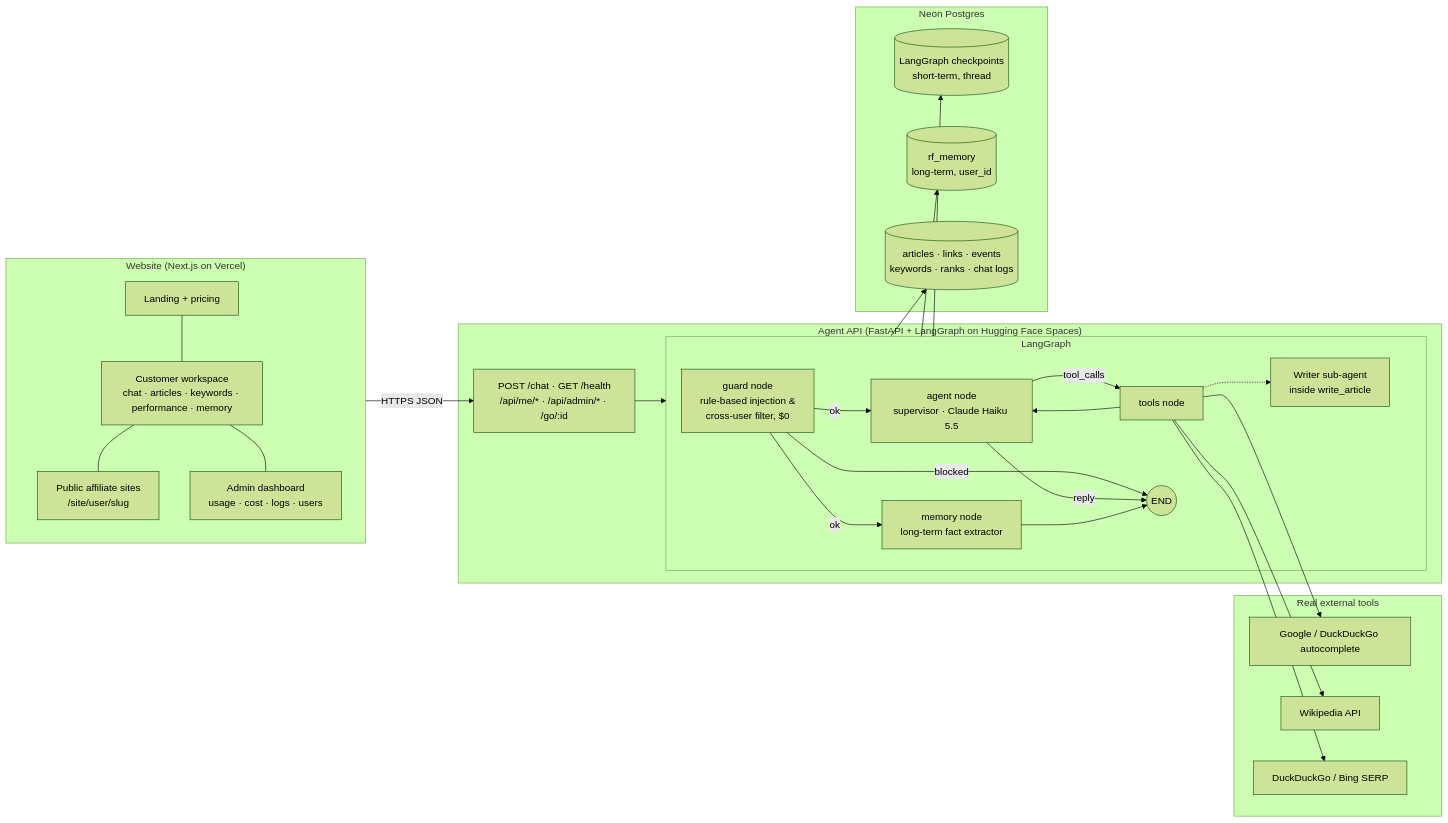
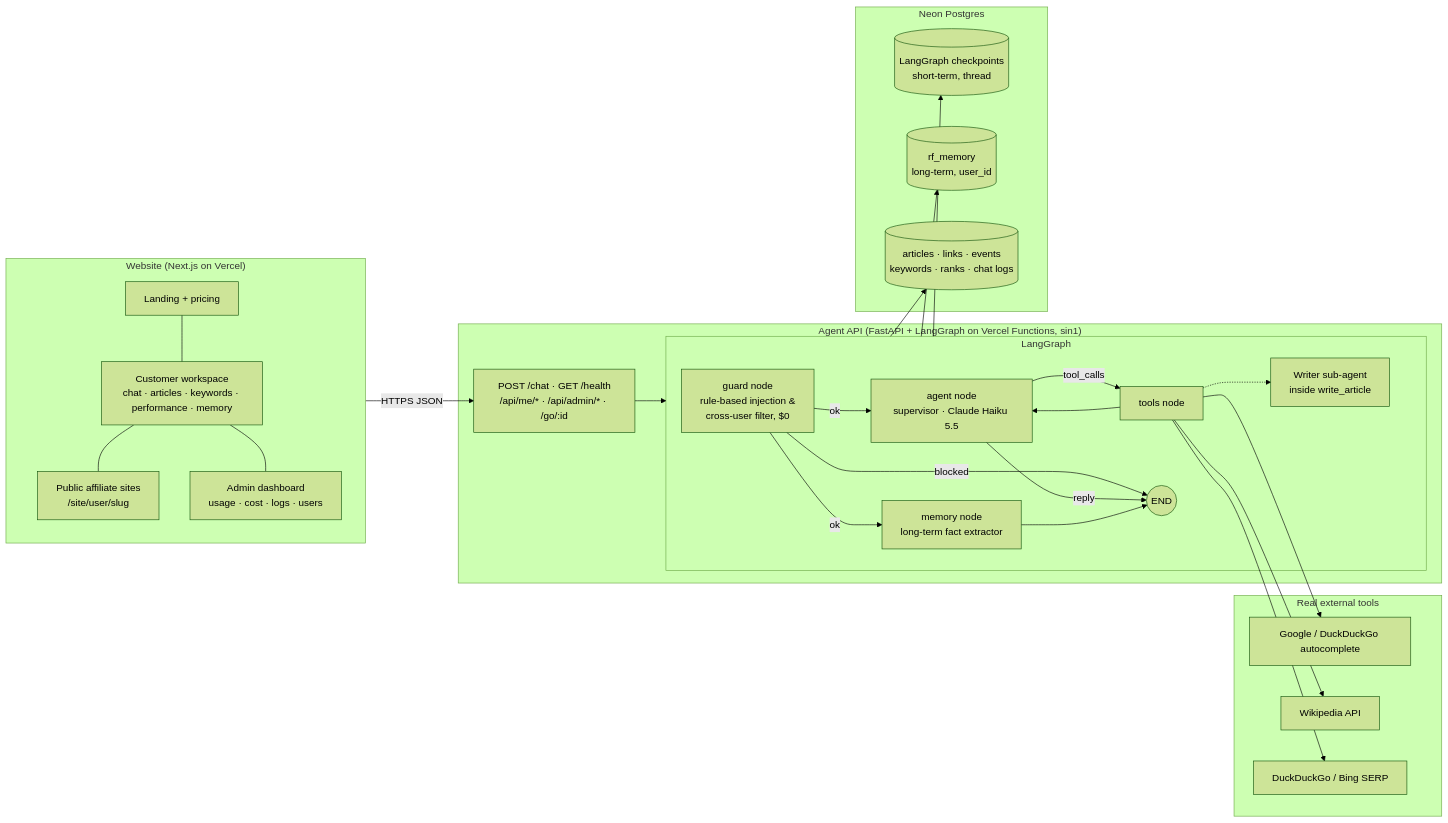
One commit to muhammadtaimur768-sys/rankforge changed the diagram in README.md. Above: the diagram before and after it, drawn with Mermaid (forest theme). The commit also changed other lines of this file, not shown here.

Commit message:
README: live URLs, Vercel deploy steps, production benchmark

````diff
--- a/README.md
+++ b/README.md
@@ -20,39 +21,39 @@
 ```mermaid
 flowchart LR
   subgraph Vercel["Website (Next.js on Vercel)"]
     L[Landing + pricing] --- W[Customer workspace<br/>chat · articles · keywords · performance · memory]
     W --- S[Public affiliate sites<br/>/site/user/slug]
     W --- A[Admin dashboard<br/>usage · cost · logs · users]
   end
-  subgraph HF["Agent API (FastAPI + LangGraph on Hugging Face Spaces)"]
+  subgraph HF["Agent API (FastAPI + LangGraph on Vercel Functions, sin1)"]
     API["POST /chat · GET /health<br/>/api/me/* · /api/admin/* · /go/:id"]
     subgraph G["LangGraph"]
       GU[guard node<br/>rule-based injection &<br/>cross-user filter, $0]
       AG[agent node<br/>supervisor · Claude Haiku 5.5]
       TN[tools node]
       MEM[memory node<br/>long-term fact extractor]
       WR[Writer sub-agent<br/>inside write_article]
       GU -- ok --> AG
       GU -- ok --> MEM
       GU -- blocked --> X((END))
       AG -- tool_calls --> TN --> AG
       TN -.-> WR
       AG -- reply --> X
       MEM --> X
     end
     API --> G
   end
   subgraph Ext["Real external tools"]
     GS[Google / DuckDuckGo autocomplete]
     WP[Wikipedia API]
     SE[DuckDuckGo / Bing SERP]
   end
   subgraph Neon["Neon Postgres"]
     CP[(LangGraph checkpoints<br/>short-term, thread)]
     LT[(rf_memory<br/>long-term, user_id)]
     DATA[(articles · links · events<br/>keywords · ranks · chat logs)]
   end
   Vercel -->|HTTPS JSON| API
   TN --> GS & WP & SE
   G --> CP & LT & DATA
 ```
````
